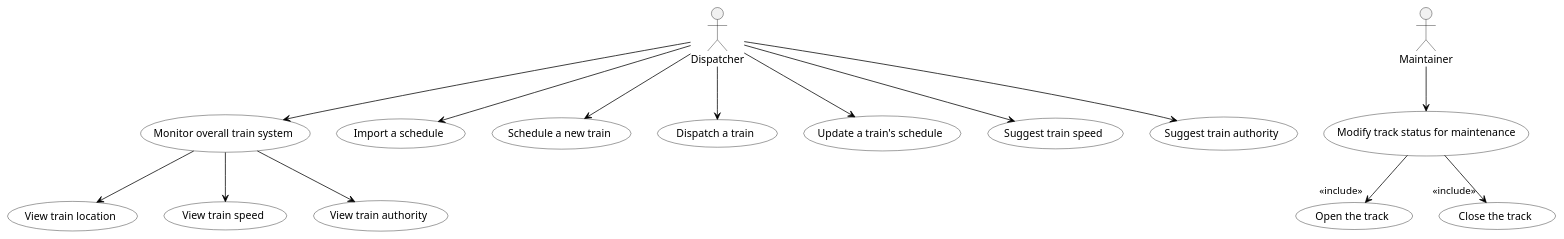
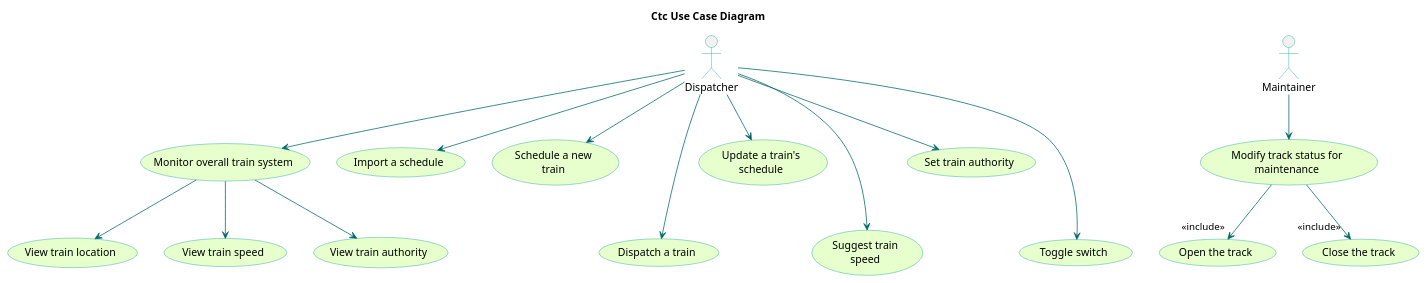
Before and after one commit to kevingilboy/COE1186: the diagram in TrainSystem/yUML/Usecase Diagrams/CtcUseCaseDiagram.pu, drawn with PlantUML.

Commit message:
Updated color

```diff
--- a/TrainSystem/yUML/Usecase Diagrams/CtcUseCaseDiagram.pu
+++ b/TrainSystem/yUML/Usecase Diagrams/CtcUseCaseDiagram.pu
@@ -1,26 +1,29 @@
 @startuml
-skinparam backgroundColor transparent
-skinparam arrowColor #000
-skinparam actorBorderColor #000
-skinparam usecaseBorderColor #000
-skinparam usecaseBackgroundColor #fff
+title Ctc Use Case Diagram
+skinparam backgroundColor transparent'
+skinparam usecaseBackgroundColor #e6ffcc
+skinparam usecaseBorderColor 	#049595
+skinparam actorBorderColor 	#049595
+skinparam packageBorderColor  #049595
+skinparam arrowColor #006666
 
 :Dispatcher: as d
 :Maintainer: as m
 (Monitor overall train system) as mots
-(Modify track status for maintenance) as mts
+(Modify track status for\nmaintenance) as mts
 d --> (Import a schedule)
-d --> (Schedule a new train)
-d --> (Dispatch a train)
-d --> (Update a train's schedule)
-d --> (Suggest train speed)
-d --> (Suggest train authority)
+d --> (Schedule a new\ntrain)
+d ---> (Dispatch a train)
+d --> (Update a train's\nschedule)
+d ---> (Suggest train\nspeed)
+d --> (Set train authority)
+d ---> (Toggle switch)
 d --> mots
 mots --> (View train location)
 mots --> (View train speed)
 mots --> (View train authority)
 
 m --> mts
 mts -->"<<include>>" (Open the track)
 mts -->"<<include>>" (Close the track)
 @enduml
```
